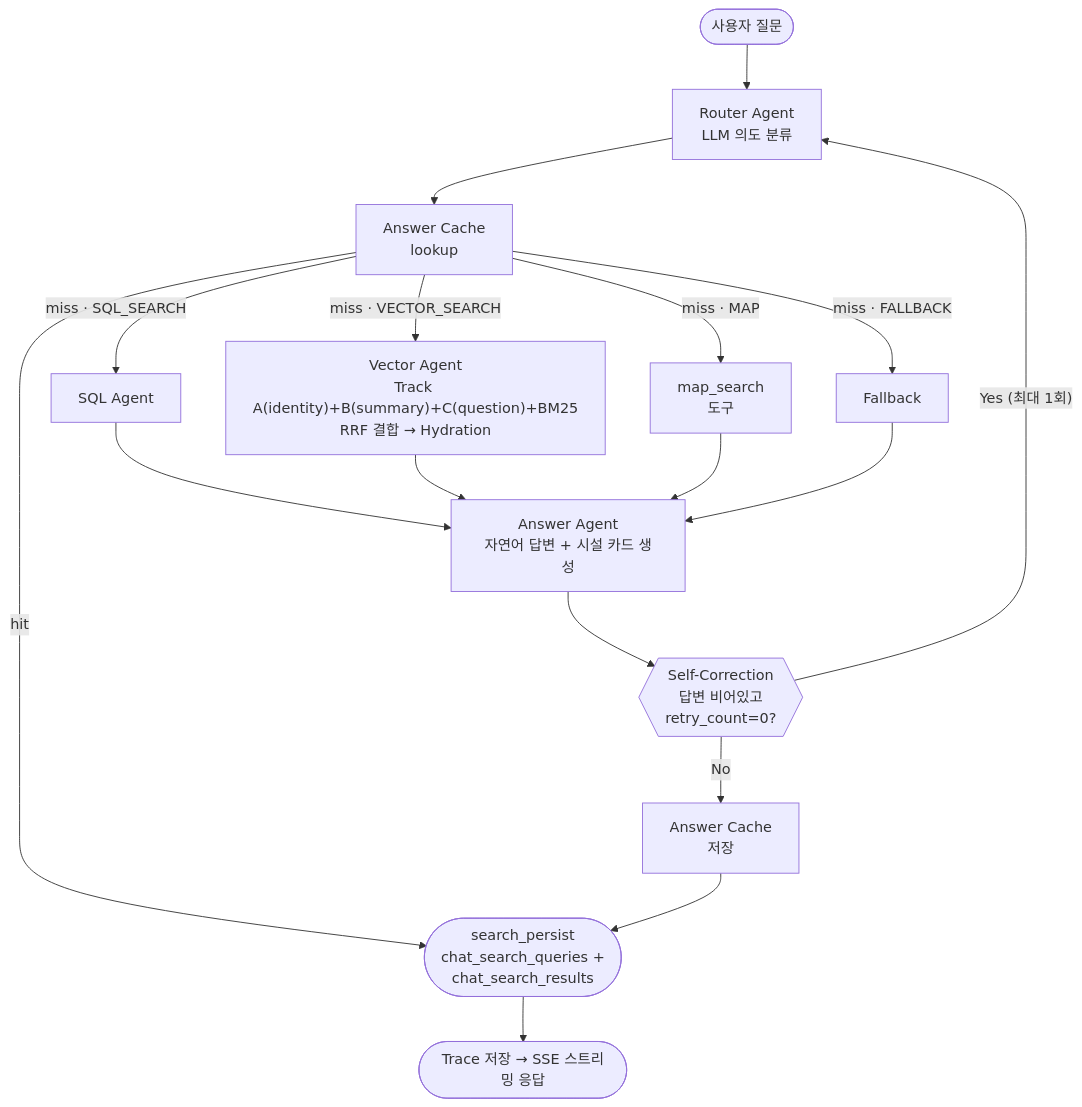
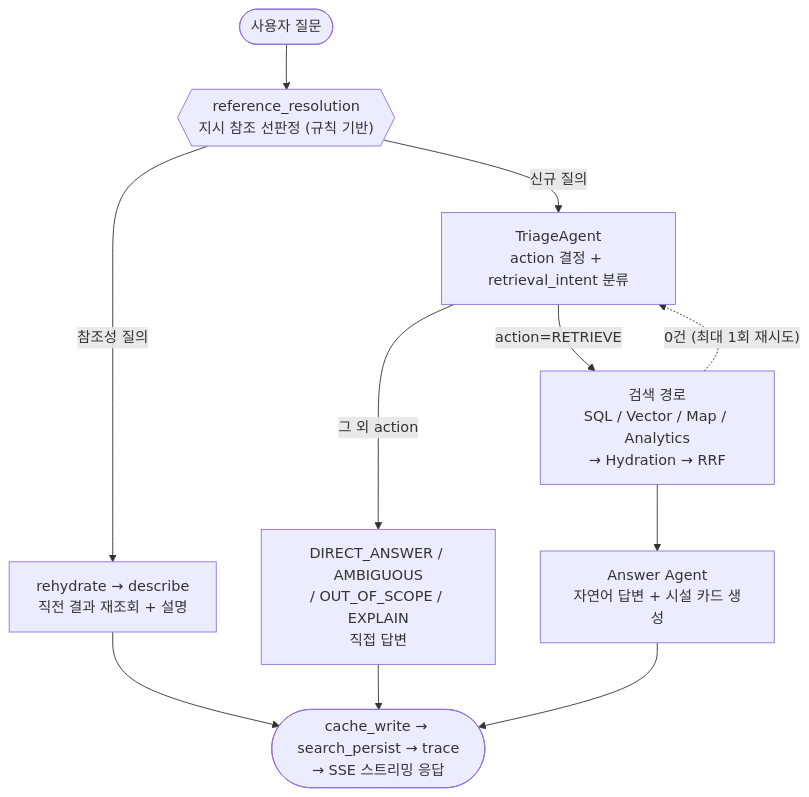
One commit to f-lab-edu/on-seoul changed the second of 2 diagrams in on-seoul-agent/README.md. Above: the diagram before and after it, drawn with Mermaid. The commit also changed other lines of this file and 3 other files, not shown here.

````diff
--- a/on-seoul-agent/README.md
+++ b/on-seoul-agent/README.md
@@ -52,34 +54,22 @@
 ```mermaid
 flowchart TD
     START(["사용자 질문"])
-    ROUTER["Router Agent\nLLM 의도 분류"]
-    CACHE_CHECK["Answer Cache\nlookup"]
-    SQL["SQL Agent"]
-    VECTOR["Vector Agent\nTrack A(identity)+B(summary)+C(question)+BM25\nRRF 결합 → Hydration"]
-    MAP["map_search\n도구"]
-    FALLBACK["Fallback"]
+    REF{{"reference_resolution\n지시 참조 선판정 (규칙 기반)"}}
+    REHYDRATE["rehydrate → describe\n직전 결과 재조회 + 설명"]
+    TRIAGE["TriageAgent\naction 결정 + retrieval_intent 분류"]
+    SEARCH["검색 경로\nSQL / Vector / Map / Analytics\n→ Hydration → RRF"]
+    DIRECT["DIRECT_ANSWER / AMBIGUOUS\n/ OUT_OF_SCOPE / EXPLAIN\n직접 답변"]
     ANSWER["Answer Agent\n자연어 답변 + 시설 카드 생성"]
-    SELF_CORR{{"Self-Correction\n답변 비어있고\nretry_count=0?"}}
-    CACHE_WRITE["Answer Cache\n저장"]
-    SEARCH_PERSIST(["search_persist\nchat_search_queries +\nchat_search_results"])
-    TRACE(["Trace 저장 → SSE 스트리밍 응답"])
+    TERMINAL(["cache_write → search_persist → trace\n→ SSE 스트리밍 응답"])
 
-    START --> ROUTER
-    ROUTER --> CACHE_CHECK
-    CACHE_CHECK -- "hit" --> SEARCH_PERSIST
-    CACHE_CHECK -- "miss · SQL_SEARCH" --> SQL
-    CACHE_CHECK -- "miss · VECTOR_SEARCH" --> VECTOR
-    CACHE_CHECK -- "miss · MAP" --> MAP
-    CACHE_CHECK -- "miss · FALLBACK" --> FALLBACK
-
-    SQL --> ANSWER
-    VECTOR --> ANSWER
-    MAP --> ANSWER
-    FALLBACK --> ANSWER
-
-    ANSWER --> SELF_CORR
-    SELF_CORR -- "Yes (최대 1회)" --> ROUTER
-    SELF_CORR -- "No" --> CACHE_WRITE
-    CACHE_WRITE --> SEARCH_PERSIST
-    SEARCH_PERSIST --> TRACE
+    START --> REF
+    REF -- "참조성 질의" --> REHYDRATE
+    REF -- "신규 질의" --> TRIAGE
+    TRIAGE -- "action=RETRIEVE" --> SEARCH
+    TRIAGE -- "그 외 action" --> DIRECT
+    SEARCH --> ANSWER
+    SEARCH -. "0건 (최대 1회 재시도)" .-> TRIAGE
+    REHYDRATE --> TERMINAL
+    DIRECT --> TERMINAL
+    ANSWER --> TERMINAL
 ```
````
